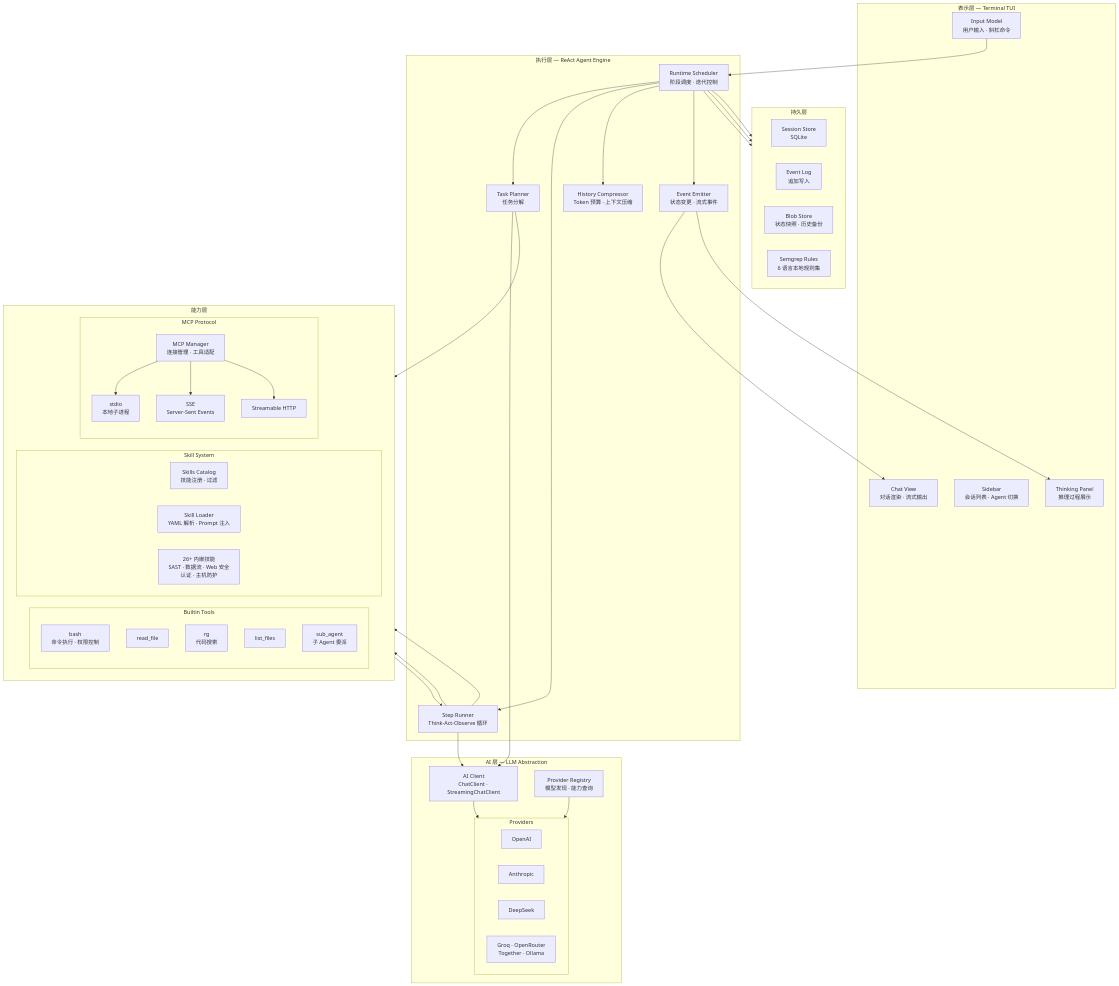
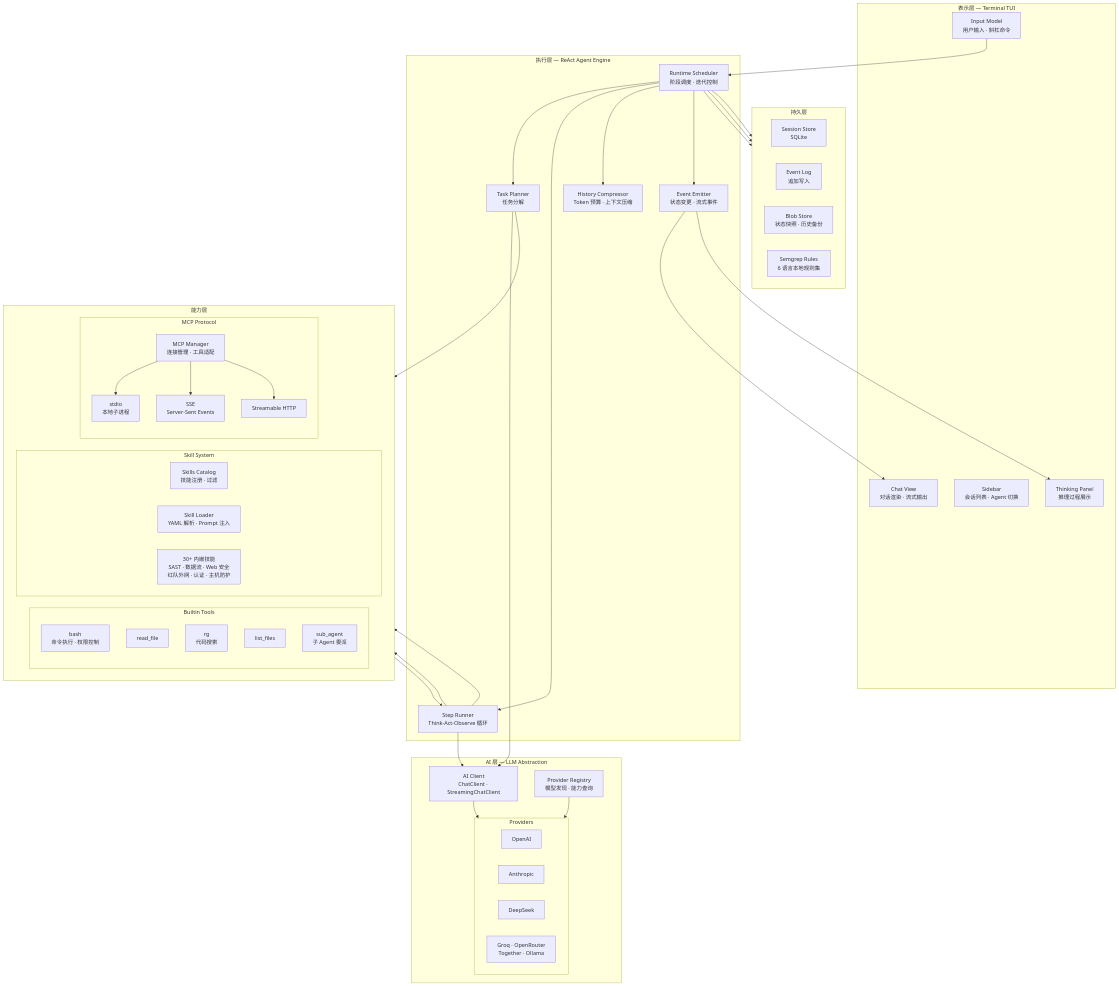
The diagram in README.md (Q16G/aster), drawn with Mermaid before and after one commit. The commit also changed other lines of this file and 4972 other files, not shown here.

```diff
--- a/README.md
+++ b/README.md
@@ -693,7 +759,7 @@
         subgraph Skills ["Skill System"]
             SkillCatalog[Skills Catalog<br>技能注册 · 过滤]
             SkillLoader[Skill Loader<br>YAML 解析 · Prompt 注入]
-            BuiltinSkills[26+ 内嵌技能<br>SAST · 数据流 · Web 安全<br>认证 · 主机防护]
+            BuiltinSkills[30+ 内嵌技能<br>SAST · 数据流 · Web 安全<br>红队外网 · 认证 · 主机防护]
         end
 
         subgraph MCP ["MCP Protocol"]
```
